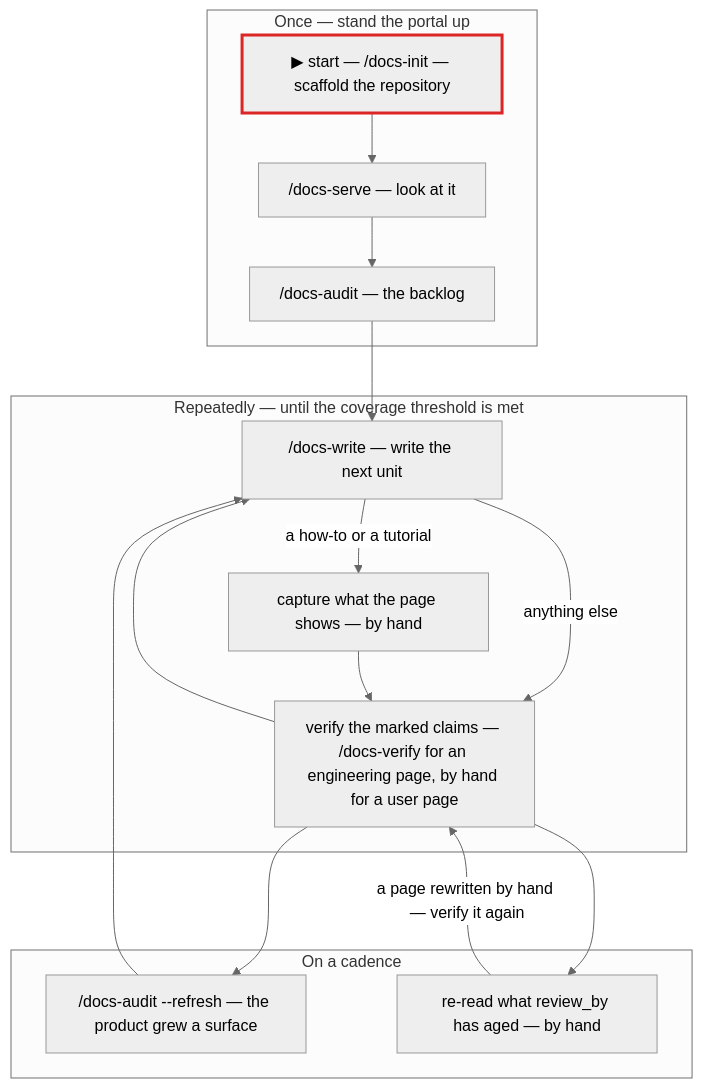
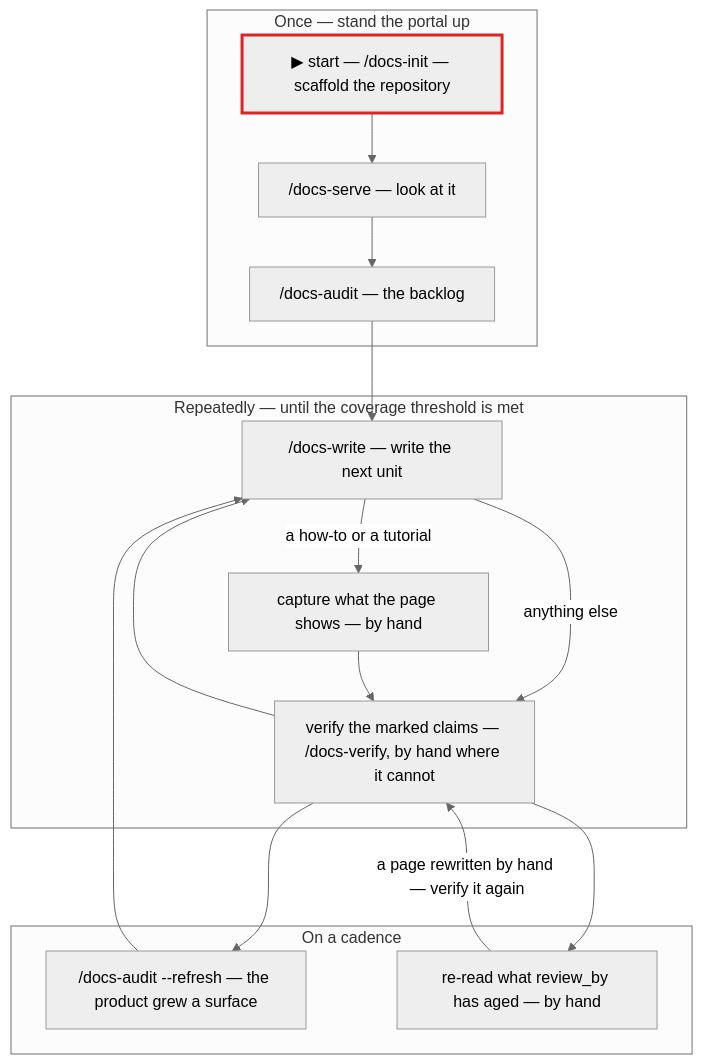
One commit to ihudak/ai-workflows changed the diagram in plugins/docs-workflows/docs/docs-workflow.md. Above: the diagram before and after it, drawn with Mermaid (neutral theme). The commit also changed other lines of this file and 29 other files, not shown here.

````diff
--- a/plugins/docs-workflows/docs/docs-workflow.md
+++ b/plugins/docs-workflows/docs/docs-workflow.md
@@ -9,31 +9,31 @@
 ```mermaid
 flowchart TD
     subgraph ONCE["Once — stand the portal up"]
         INIT["▶ start — /docs-init — scaffold the repository"]
         SERVE["/docs-serve — look at it"]
         AUDIT["/docs-audit — the backlog"]
         INIT --> SERVE
         SERVE --> AUDIT
     end
     subgraph LOOP["Repeatedly — until the coverage threshold is met"]
         WRITE["/docs-write — write the next unit"]
         CAPTURE["capture what the page shows — by hand"]
-        VERIFY["verify the marked claims — /docs-verify for an engineering page, by hand for a user page"]
+        VERIFY["verify the marked claims — /docs-verify, by hand where it cannot"]
         WRITE -->|"a how-to or a tutorial"| CAPTURE
         WRITE -->|"anything else"| VERIFY
         CAPTURE --> VERIFY
         VERIFY --> WRITE
     end
     subgraph CADENCE["On a cadence"]
         REFRESH["/docs-audit --refresh — the product grew a surface"]
         ROT["re-read what review_by has aged — by hand"]
     end
     AUDIT --> WRITE
     VERIFY --> REFRESH
     VERIFY --> ROT
     REFRESH --> WRITE
     ROT -->|"a page rewritten by hand — verify it again"| VERIFY
 
     classDef entry stroke:#dc2626,stroke-width:3px
     class INIT entry
 ```
````
